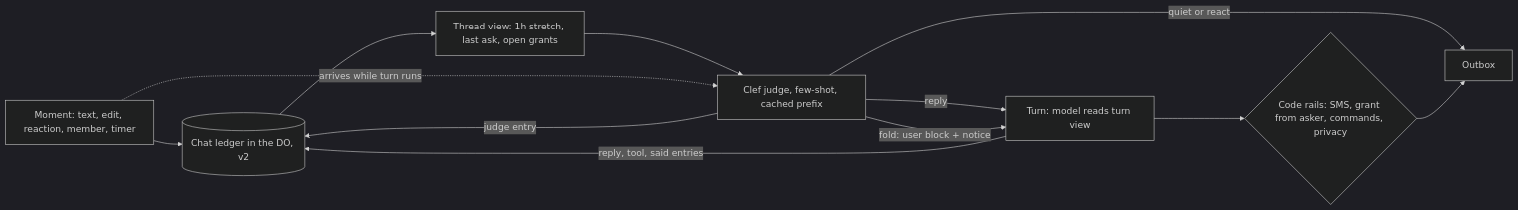
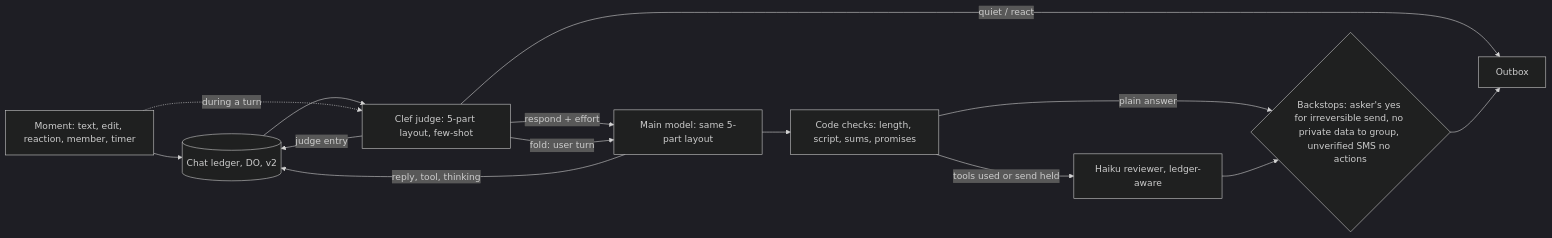
Before and after one commit to Supa-Media/context: the diagram in docs/decisions/texting-assistant/one-judge-one-record.md, drawn with Mermaid (dark theme). The commit also changed other lines of this file, not shown here.

First line of the commit message:
docs: revise Tex one-judge design with Dev2's 2026-11-11 decisions

````diff
--- a/docs/decisions/texting-assistant/one-judge-one-record.md
+++ b/docs/decisions/texting-assistant/one-judge-one-record.md
@@ -110,14 +137,16 @@
 ```mermaid
 flowchart LR
-  M[Moment: text, edit, reaction, member, timer] --> R[(Chat ledger in the DO, v2)]
-  R --> V[Thread view: 1h stretch, last ask, open grants]
-  V --> J[Clef judge, few-shot, cached prefix]
-  J -->|judge entry| R
-  J -->|quiet or react| O[Outbox]
-  J -->|reply| T[Turn: model reads turn view]
-  M -. arrives while turn runs .-> J
-  J -->|fold: user block + notice| T
-  T --> C{Code rails: SMS, grant from asker, commands, privacy}
-  C --> O
-  T -->|reply, tool, said entries| R
+  M[Moment: text, edit, reaction, member, timer] --> L[(Chat ledger, DO, v2)]
+  L --> J[Clef judge: 5-part layout, few-shot]
+  J -->|judge entry| L
+  J -->|quiet / react| O[Outbox]
+  J -->|respond + effort| T[Main model: same 5-part layout]
+  M -. during a turn .-> J
+  J -->|fold: user turn| T
+  T --> K[Code checks: length, script, sums, promises]
+  K -->|tools used or send held| H[Haiku reviewer, ledger-aware]
+  K -->|plain answer| B
+  H --> B{Backstops: asker's yes for irreversible send, no private data to group, unverified SMS no actions}
+  B --> O
+  T -->|reply, tool, thinking| L
 ```
````
